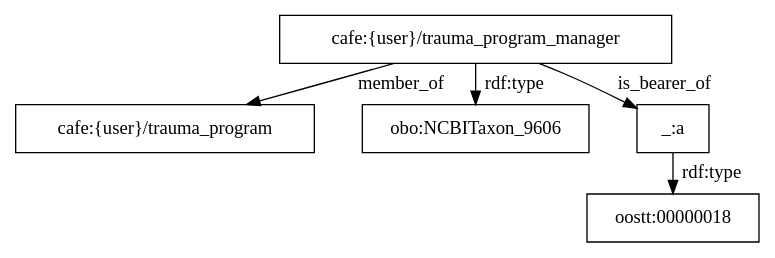
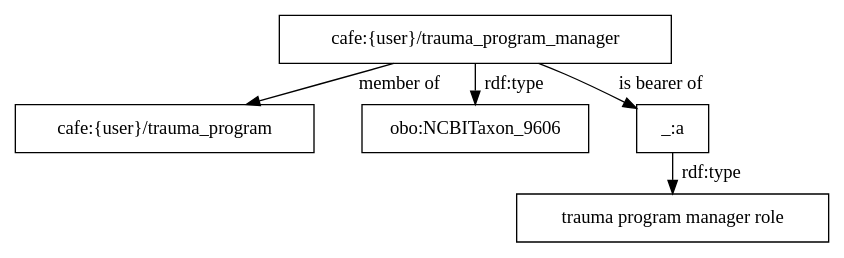
Before and after one commit to utecht/dideo-server: the diagram in cafe/graphs/25.dot, drawn with Graphviz. The commit also changed 20 other files, not shown here.

Commit message:
more graph syntax

```diff
--- a/cafe/graphs/25.dot
+++ b/cafe/graphs/25.dot
@@ -1,7 +1,7 @@
 digraph g { node [shape=rectangle];
 graph [splines=true, nodesep=.5, ranksep=0, overlap=false];
-"cafe:{user}/trauma_program_manager" -> "cafe:{user}/trauma_program" [label="member_of"]
+"cafe:{user}/trauma_program_manager" -> "cafe:{user}/trauma_program" [label="member of"]
 "cafe:{user}/trauma_program_manager" -> "obo:NCBITaxon_9606" [label="rdf:type"]
-"cafe:{user}/trauma_program_manager" -> "_:a" [label="is_bearer_of"]
-"_:a" -> "oostt:00000018" [label="rdf:type"]
+"cafe:{user}/trauma_program_manager" -> "_:a" [label="is bearer of"]
+"_:a" -> "trauma program manager role" [label="rdf:type"]
 }
```
